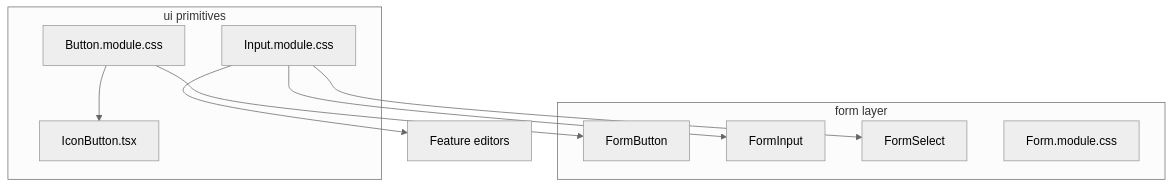
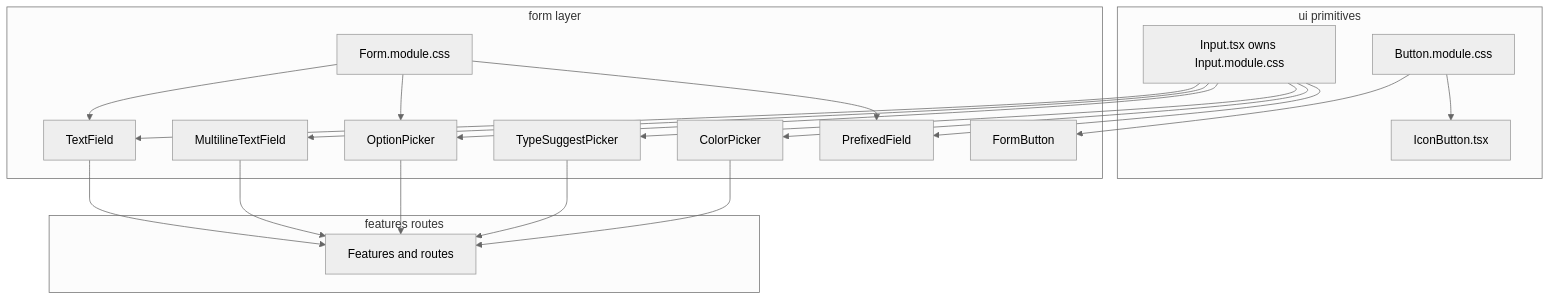
Before and after one commit to ndelangen/tanstack-start: the diagram in docs/technical/ui-component-hierarchy.md, drawn with Mermaid (neutral theme). The commit also changed other lines of this file and 30 other files, not shown here.

````diff
--- a/docs/technical/ui-component-hierarchy.md
+++ b/docs/technical/ui-component-hierarchy.md
@@ -31,19 +66,37 @@
 ```mermaid
 flowchart TB
   subgraph ui [ui primitives]
+    InputTSX[Input.tsx owns Input.module.css]
     ButtonCSS[Button.module.css]
-    InputCSS[Input.module.css]
     IconButtonTSX[IconButton.tsx]
   end
   subgraph form [form layer]
-    FormButton[FormButton]
-    FormInput[FormInput]
-    FormSelect[FormSelect]
+    TextField[TextField]
+    Multiline[MultilineTextField]
+    OptionPicker[OptionPicker]
+    TypeSuggest[TypeSuggestPicker]
+    ColorPicker[ColorPicker]
+    PrefixedField[PrefixedField]
+    FormBtn[FormButton]
     FormModuleCSS[Form.module.css]
   end
-  ButtonCSS --> FormButton
+  subgraph features [features routes]
+    Routes[Features and routes]
+  end
+  InputTSX --> TextField
+  InputTSX --> Multiline
+  InputTSX --> OptionPicker
+  InputTSX --> TypeSuggest
+  InputTSX --> ColorPicker
+  InputTSX --> PrefixedField
+  FormModuleCSS --> TextField
+  FormModuleCSS --> OptionPicker
+  FormModuleCSS --> PrefixedField
+  ButtonCSS --> FormBtn
   ButtonCSS --> IconButtonTSX
-  InputCSS --> FormInput
-  InputCSS --> FormSelect
-  InputCSS --> FeatureEditors[Feature editors]
+  TextField --> Routes
+  Multiline --> Routes
+  OptionPicker --> Routes
+  TypeSuggest --> Routes
+  ColorPicker --> Routes
 ```
````
